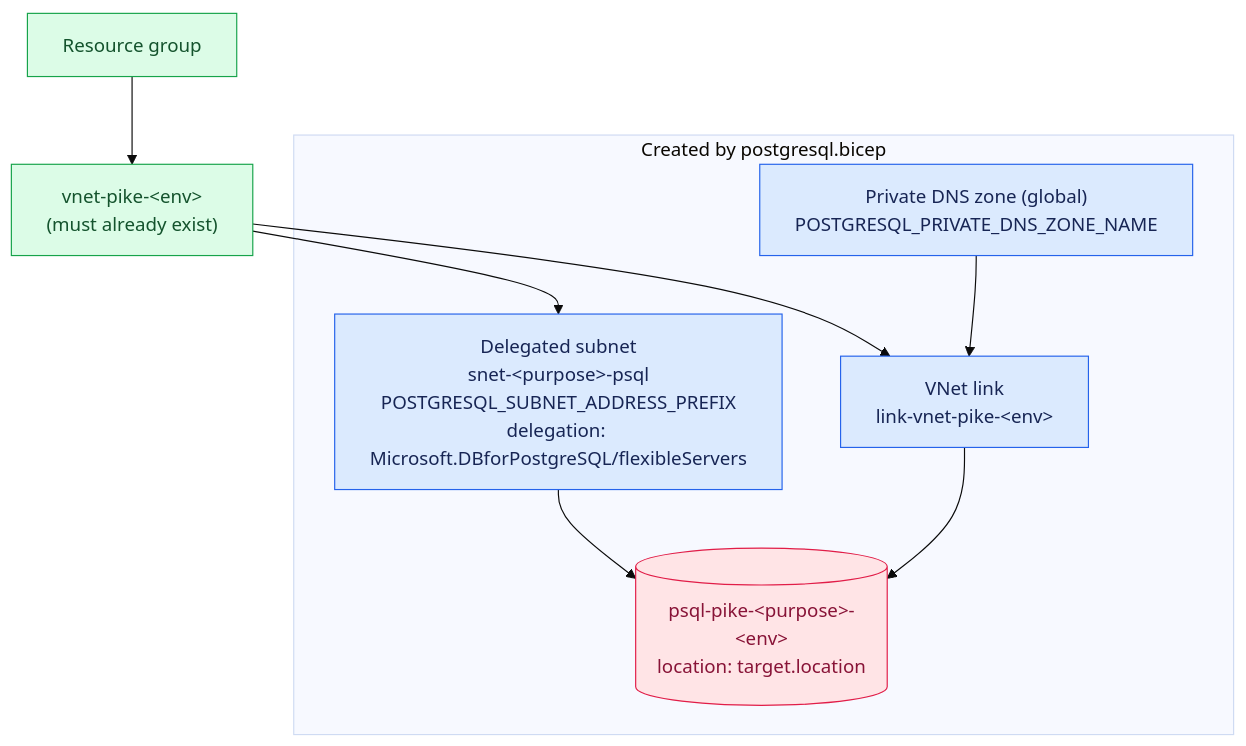
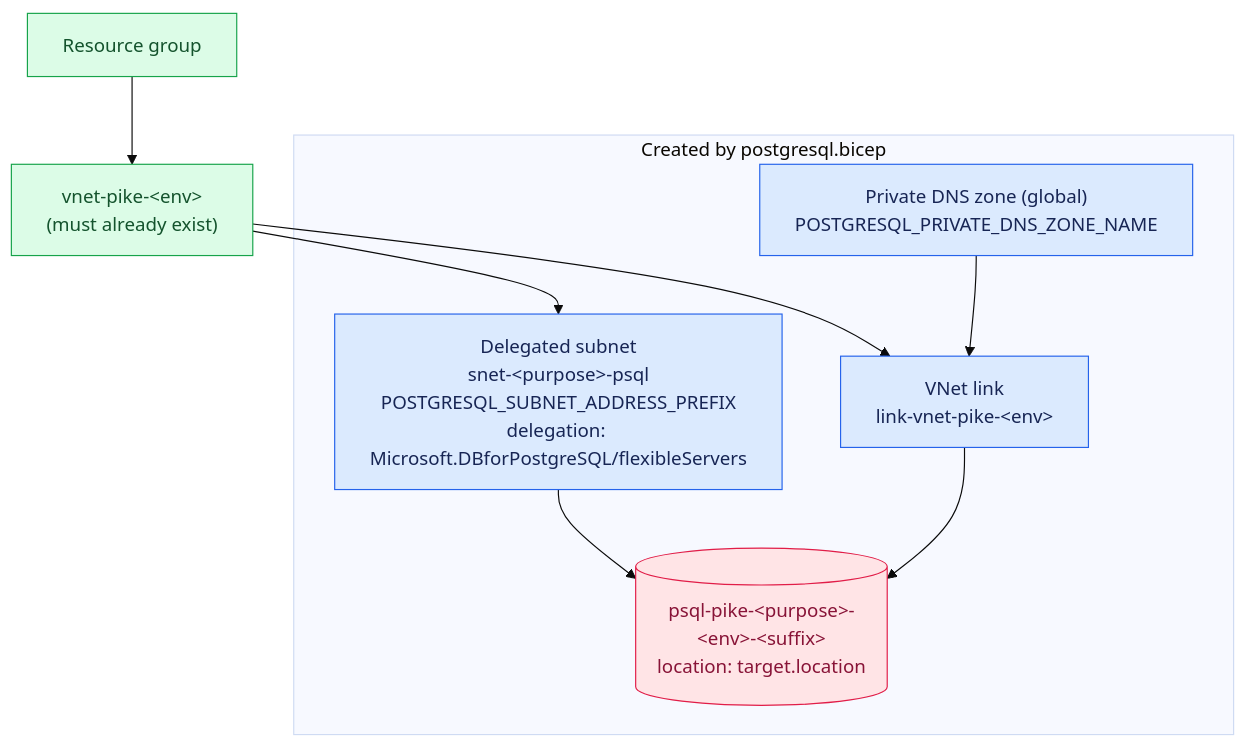
One commit to PROMETHEUS-N/pike-infra-eaas-new changed the diagram in modules/database/README-postgresql.md. Above: the diagram before and after it, drawn with Mermaid (base theme). The commit also changed other lines of this file and 13 other files, not shown here.

````diff
--- a/modules/database/README-postgresql.md
+++ b/modules/database/README-postgresql.md
@@ -23,24 +23,24 @@
 ```mermaid
 flowchart TB
     RG["Resource group"] --> VNET["vnet-pike-&lt;env&gt;<br/>(must already exist)"]
 
     subgraph CREATED["Created by postgresql.bicep"]
       SNET["Delegated subnet<br/>snet-&lt;purpose&gt;-psql<br/>POSTGRESQL_SUBNET_ADDRESS_PREFIX<br/>delegation: Microsoft.DBforPostgreSQL/flexibleServers"]
       DNS["Private DNS zone (global)<br/>POSTGRESQL_PRIVATE_DNS_ZONE_NAME"]
       LINK["VNet link<br/>link-vnet-pike-&lt;env&gt;"]
-      PG[("psql-pike-&lt;purpose&gt;-&lt;env&gt;<br/>location: target.location")]
+      PG[("psql-pike-&lt;purpose&gt;-&lt;env&gt;-&lt;suffix&gt;<br/>location: target.location")]
     end
 
     VNET --> SNET
     VNET --> LINK
     DNS --> LINK
     SNET --> PG
     LINK --> PG
 
     classDef ex fill:#dcfce7,stroke:#16a34a,color:#14532d
     classDef cr fill:#dbeafe,stroke:#2563eb,color:#172554
     classDef warn fill:#ffe4e6,stroke:#e11d48,color:#881337
     class RG,VNET ex
     class SNET,DNS,LINK cr
     class PG warn
 ```
````
